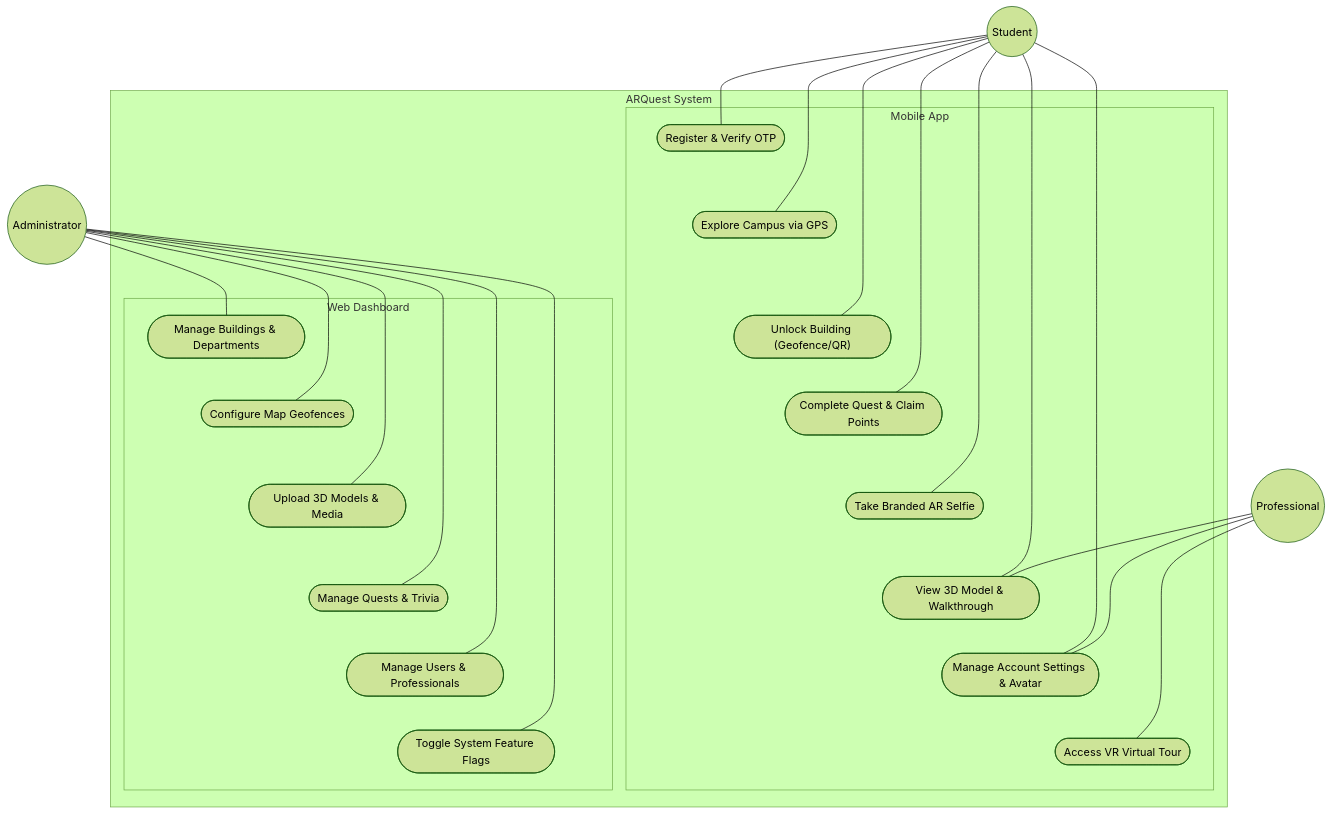
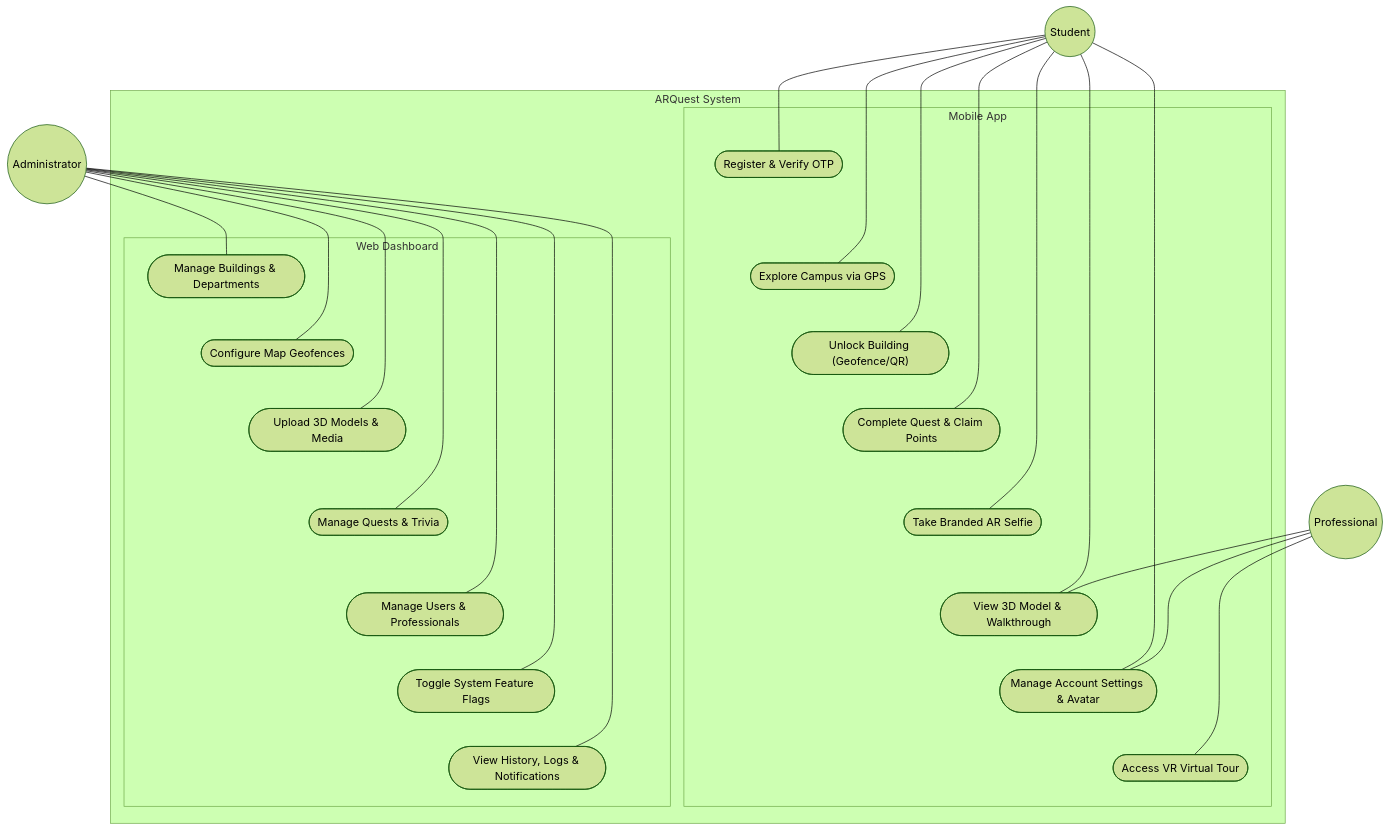
Before and after one commit to Cipher-Syntax/ARQuest: the diagram in use-case.md, drawn with Mermaid (forest theme). The commit also changed other lines of this file and 7 other files, not shown here.

Commit message:
docs: Update architectural diagrams for Notifications and History & Logs

````diff
--- a/use-case.md
+++ b/use-case.md
@@ -9,59 +9,61 @@
 ```mermaid
 flowchart TB
     %% Actors
     Student(("Student"))
     Professional(("Professional"))
     Admin(("Administrator"))
 
     %% System Boundary
     subgraph System ["ARQuest System"]
         
         subgraph App ["Mobile App"]
             UC1(["Register & Verify OTP"])
             UC2(["Explore Campus via GPS"])
             UC3(["Unlock Building (Geofence/QR)"])
             UC5(["Complete Quest & Claim Points"])
             UC6(["Take Branded AR Selfie"])
             UC4(["View 3D Model & Walkthrough"])
             UC14(["Manage Account Settings & Avatar"])
             UC7(["Access VR Virtual Tour"])
             
             %% Force vertical list to prevent horizontal spread
             UC1 ~~~ UC2 ~~~ UC3 ~~~ UC5 ~~~ UC6 ~~~ UC4 ~~~ UC14 ~~~ UC7
         end
 
         subgraph Web ["Web Dashboard"]
             UC8(["Manage Buildings & Departments"])
             UC9(["Configure Map Geofences"])
             UC10(["Upload 3D Models & Media"])
             UC11(["Manage Quests & Trivia"])
             UC12(["Manage Users & Professionals"])
             UC13(["Toggle System Feature Flags"])
+            UC15(["View History, Logs & Notifications"])
             
             %% Force vertical list to prevent horizontal spread
-            UC8 ~~~ UC9 ~~~ UC10 ~~~ UC11 ~~~ UC12 ~~~ UC13
+            UC8 ~~~ UC9 ~~~ UC10 ~~~ UC11 ~~~ UC12 ~~~ UC13 ~~~ UC15
         end
     end
 
     %% Student Connections (Top)
     Student --- UC1
     Student --- UC2
     Student --- UC3
     Student --- UC5
     Student --- UC6
     Student --- UC4
     Student --- UC14
 
     %% Professional Connections (Middle)
     Professional --- UC4
     Professional --- UC14
     Professional --- UC7
 
     %% Admin Connections (Right)
     Admin --- UC8
     Admin --- UC9
     Admin --- UC10
     Admin --- UC11
     Admin --- UC12
     Admin --- UC13
+    Admin --- UC15
 ```
````
